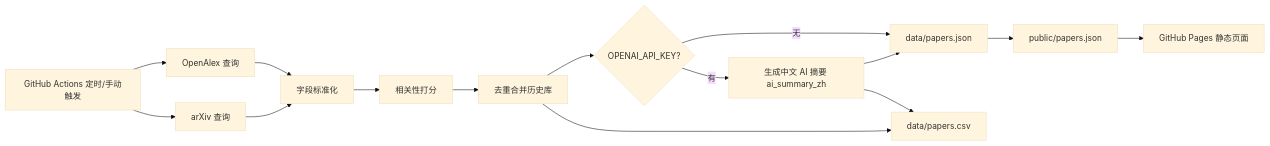
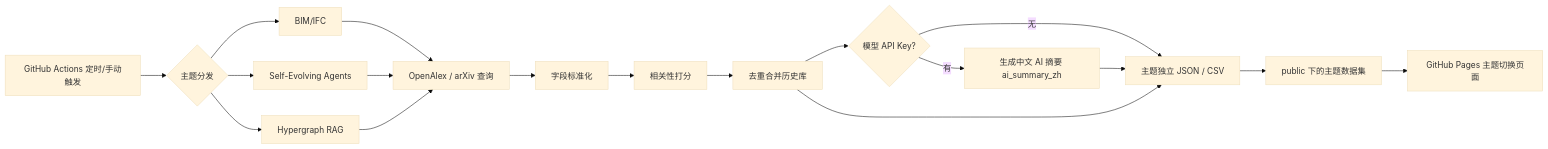
Before and after one commit to HexWillAppear/bim-ifc-paper-radar: the diagram in docs/logic-breakdown.zh-CN.md, drawn with Mermaid (base theme). The commit also changed other lines of this file and 24 other files, not shown here.

Commit message:
Add self-evolving agent and hypergraph RAG radars

````diff
--- a/docs/logic-breakdown.zh-CN.md
+++ b/docs/logic-breakdown.zh-CN.md
@@ -9,17 +9,20 @@
 ```mermaid
 flowchart LR
-  A[GitHub Actions 定时/手动触发] --> B[OpenAlex 查询]
-  A --> C[arXiv 查询]
+  A[GitHub Actions 定时/手动触发] --> T{主题分发}
+  T --> T1[BIM/IFC]
+  T --> T2[Self-Evolving Agents]
+  T --> T3[Hypergraph RAG]
+  T1 --> B[OpenAlex / arXiv 查询]
+  T2 --> B
+  T3 --> B
   B --> D[字段标准化]
-  C --> D
   D --> E[相关性打分]
   E --> F[去重合并历史库]
-  F --> K{OPENAI_API_KEY?}
+  F --> K{模型 API Key?}
   K -->|有| L[生成中文 AI 摘要 ai_summary_zh]
-  K -->|无| G[data/papers.json]
-  L --> G[data/papers.json]
-  L --> H[data/papers.csv]
-  F --> H[data/papers.csv]
-  G --> I[public/papers.json]
-  I --> J[GitHub Pages 静态页面]
+  K -->|无| G[主题独立 JSON / CSV]
+  L --> G
+  F --> G
+  G --> I[public 下的主题数据集]
+  I --> J[GitHub Pages 主题切换页面]
 ```
````
